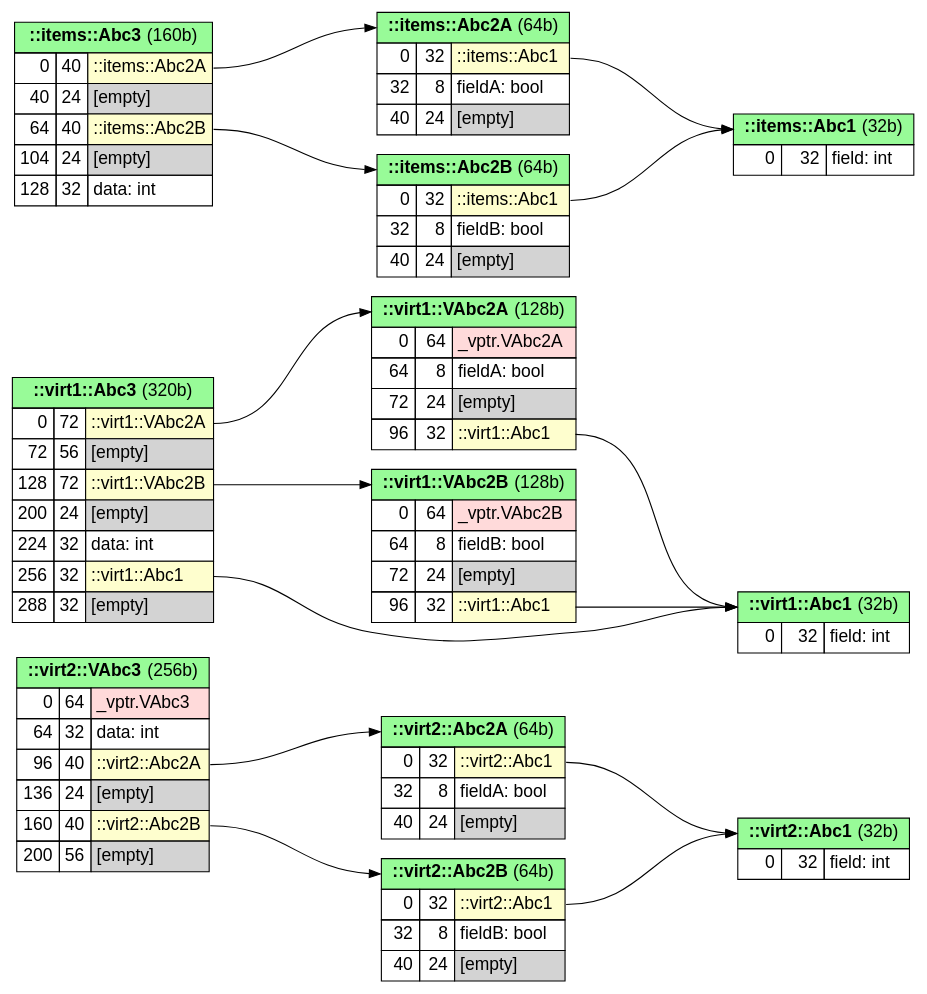
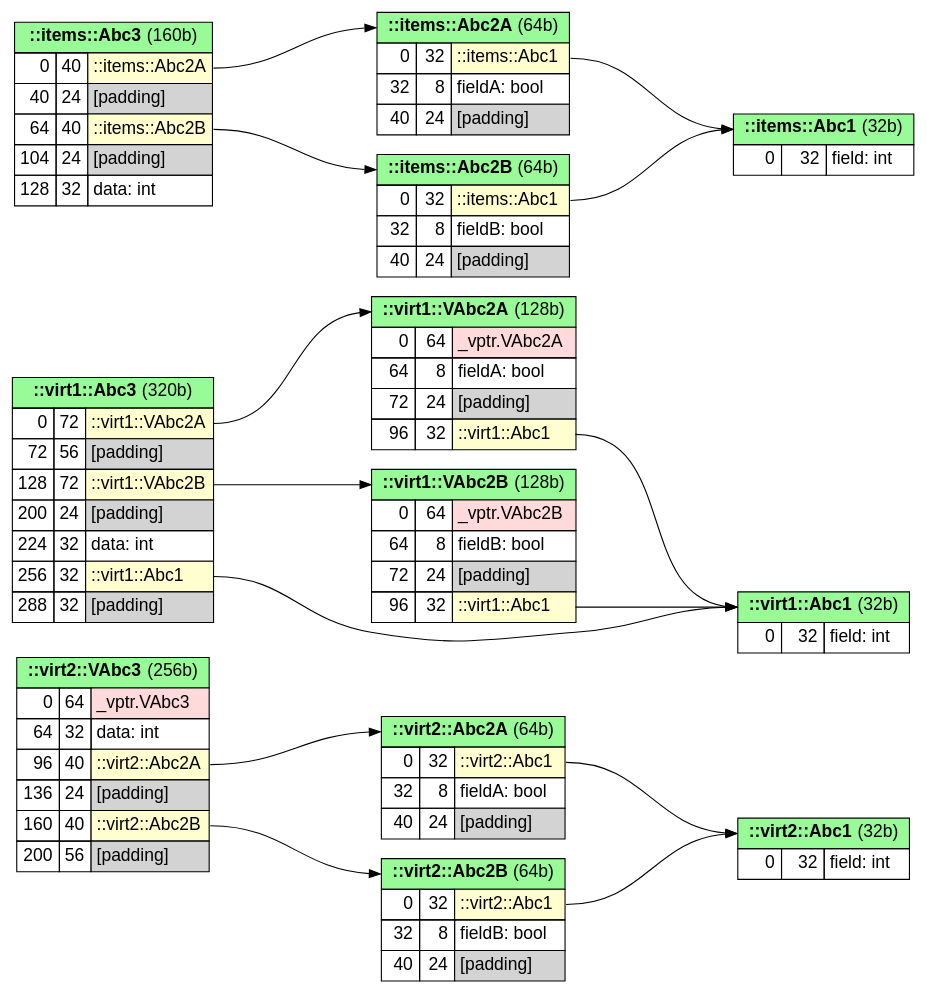
Before and after one commit to anetczuk/gcc-uml: the diagram in examples/memlayout/mem_diam.cpp.dot, drawn with Graphviz. The commit also changed 8 other files, not shown here.

```diff
--- a/examples/memlayout/mem_diam.cpp.dot
+++ b/examples/memlayout/mem_diam.cpp.dot
@@ -1,175 +1,175 @@
 digraph memory_layout {
 
 fontname="Helvetica,Arial,sans-serif"
 node [fontname="Helvetica,Arial,sans-serif"]
 edge [fontname="Helvetica,Arial,sans-serif"]
 
 graph [
     rankdir = "LR"
 ];
 node [
     fontsize = "16"
     shape = "record"
 ];
 
 ranksep = 2
 
 
 # items subgraph
 {
 
     "-virt2-VAbc3" [
         shape=plain
         label=
         <<table border="0" cellborder="1" cellspacing="0" cellpadding="4">
             <tr> <td colspan="3" bgcolor="PaleGreen" port='-1'> <b>::virt2::VAbc3</b>  (256b)</td> </tr>
             <tr> <td align="right" port='in_0'>0</td> <td align="right">64</td> <td align="left" bgcolor='#ffdada' port='out_0'>_vptr.VAbc3</td> </tr>
             <tr> <td align="right" port='in_1'>64</td> <td align="right">32</td> <td align="left" port='out_1'>data: int</td> </tr>
             <tr> <td align="right" port='in_2'>96</td> <td align="right">40</td> <td align="left" bgcolor='#FEFECE' port='out_2'>::virt2::Abc2A</td> </tr>
-            <tr> <td align="right" port='in_3'>136</td> <td align="right">24</td> <td align="left" bgcolor='lightgray' port='out_3'>[empty]</td> </tr>
+            <tr> <td align="right" port='in_3'>136</td> <td align="right">24</td> <td align="left" bgcolor='lightgray' port='out_3'>[padding]</td> </tr>
             <tr> <td align="right" port='in_4'>160</td> <td align="right">40</td> <td align="left" bgcolor='#FEFECE' port='out_4'>::virt2::Abc2B</td> </tr>
-            <tr> <td align="right" port='in_5'>200</td> <td align="right">56</td> <td align="left" bgcolor='lightgray' port='out_5'>[empty]</td> </tr>
+            <tr> <td align="right" port='in_5'>200</td> <td align="right">56</td> <td align="left" bgcolor='lightgray' port='out_5'>[padding]</td> </tr>
         </table>>
     ]
 
     "-virt2-Abc2B" [
         shape=plain
         label=
         <<table border="0" cellborder="1" cellspacing="0" cellpadding="4">
             <tr> <td colspan="3" bgcolor="PaleGreen" port='-1'> <b>::virt2::Abc2B</b>  (64b)</td> </tr>
             <tr> <td align="right" port='in_0'>0</td> <td align="right">32</td> <td align="left" bgcolor='#FEFECE' port='out_0'>::virt2::Abc1</td> </tr>
             <tr> <td align="right" port='in_1'>32</td> <td align="right">8</td> <td align="left" port='out_1'>fieldB: bool</td> </tr>
-            <tr> <td align="right" port='in_2'>40</td> <td align="right">24</td> <td align="left" bgcolor='lightgray' port='out_2'>[empty]</td> </tr>
+            <tr> <td align="right" port='in_2'>40</td> <td align="right">24</td> <td align="left" bgcolor='lightgray' port='out_2'>[padding]</td> </tr>
         </table>>
     ]
 
     "-virt2-Abc2A" [
         shape=plain
         label=
         <<table border="0" cellborder="1" cellspacing="0" cellpadding="4">
             <tr> <td colspan="3" bgcolor="PaleGreen" port='-1'> <b>::virt2::Abc2A</b>  (64b)</td> </tr>
             <tr> <td align="right" port='in_0'>0</td> <td align="right">32</td> <td align="left" bgcolor='#FEFECE' port='out_0'>::virt2::Abc1</td> </tr>
             <tr> <td align="right" port='in_1'>32</td> <td align="right">8</td> <td align="left" port='out_1'>fieldA: bool</td> </tr>
-            <tr> <td align="right" port='in_2'>40</td> <td align="right">24</td> <td align="left" bgcolor='lightgray' port='out_2'>[empty]</td> </tr>
+            <tr> <td align="right" port='in_2'>40</td> <td align="right">24</td> <td align="left" bgcolor='lightgray' port='out_2'>[padding]</td> </tr>
         </table>>
     ]
 
     "-virt2-Abc1" [
         shape=plain
         label=
         <<table border="0" cellborder="1" cellspacing="0" cellpadding="4">
             <tr> <td colspan="3" bgcolor="PaleGreen" port='-1'> <b>::virt2::Abc1</b>  (32b)</td> </tr>
             <tr> <td align="right" port='in_0'>0</td> <td align="right">32</td> <td align="left" port='out_0'>field: int</td> </tr>
         </table>>
     ]
 
     "-virt1-Abc3" [
         shape=plain
         label=
         <<table border="0" cellborder="1" cellspacing="0" cellpadding="4">
             <tr> <td colspan="3" bgcolor="PaleGreen" port='-1'> <b>::virt1::Abc3</b>  (320b)</td> </tr>
             <tr> <td align="right" port='in_0'>0</td> <td align="right">72</td> <td align="left" bgcolor='#FEFECE' port='out_0'>::virt1::VAbc2A</td> </tr>
-            <tr> <td align="right" port='in_1'>72</td> <td align="right">56</td> <td align="left" bgcolor='lightgray' port='out_1'>[empty]</td> </tr>
+            <tr> <td align="right" port='in_1'>72</td> <td align="right">56</td> <td align="left" bgcolor='lightgray' port='out_1'>[padding]</td> </tr>
             <tr> <td align="right" port='in_2'>128</td> <td align="right">72</td> <td align="left" bgcolor='#FEFECE' port='out_2'>::virt1::VAbc2B</td> </tr>
-            <tr> <td align="right" port='in_3'>200</td> <td align="right">24</td> <td align="left" bgcolor='lightgray' port='out_3'>[empty]</td> </tr>
+            <tr> <td align="right" port='in_3'>200</td> <td align="right">24</td> <td align="left" bgcolor='lightgray' port='out_3'>[padding]</td> </tr>
             <tr> <td align="right" port='in_4'>224</td> <td align="right">32</td> <td align="left" port='out_4'>data: int</td> </tr>
             <tr> <td align="right" port='in_5'>256</td> <td align="right">32</td> <td align="left" bgcolor='#FEFECE' port='out_5'>::virt1::Abc1</td> </tr>
-            <tr> <td align="right" port='in_6'>288</td> <td align="right">32</td> <td align="left" bgcolor='lightgray' port='out_6'>[empty]</td> </tr>
+            <tr> <td align="right" port='in_6'>288</td> <td align="right">32</td> <td align="left" bgcolor='lightgray' port='out_6'>[padding]</td> </tr>
         </table>>
     ]
 
     "-virt1-VAbc2B" [
         shape=plain
         label=
         <<table border="0" cellborder="1" cellspacing="0" cellpadding="4">
             <tr> <td colspan="3" bgcolor="PaleGreen" port='-1'> <b>::virt1::VAbc2B</b>  (128b)</td> </tr>
             <tr> <td align="right" port='in_0'>0</td> <td align="right">64</td> <td align="left" bgcolor='#ffdada' port='out_0'>_vptr.VAbc2B</td> </tr>
             <tr> <td align="right" port='in_1'>64</td> <td align="right">8</td> <td align="left" port='out_1'>fieldB: bool</td> </tr>
-            <tr> <td align="right" port='in_2'>72</td> <td align="right">24</td> <td align="left" bgcolor='lightgray' port='out_2'>[empty]</td> </tr>
+            <tr> <td align="right" port='in_2'>72</td> <td align="right">24</td> <td align="left" bgcolor='lightgray' port='out_2'>[padding]</td> </tr>
             <tr> <td align="right" port='in_3'>96</td> <td align="right">32</td> <td align="left" bgcolor='#FEFECE' port='out_3'>::virt1::Abc1</td> </tr>
         </table>>
     ]
 
     "-virt1-VAbc2A" [
         shape=plain
         label=
         <<table border="0" cellborder="1" cellspacing="0" cellpadding="4">
             <tr> <td colspan="3" bgcolor="PaleGreen" port='-1'> <b>::virt1::VAbc2A</b>  (128b)</td> </tr>
             <tr> <td align="right" port='in_0'>0</td> <td align="right">64</td> <td align="left" bgcolor='#ffdada' port='out_0'>_vptr.VAbc2A</td> </tr>
             <tr> <td align="right" port='in_1'>64</td> <td align="right">8</td> <td align="left" port='out_1'>fieldA: bool</td> </tr>
-            <tr> <td align="right" port='in_2'>72</td> <td align="right">24</td> <td align="left" bgcolor='lightgray' port='out_2'>[empty]</td> </tr>
+            <tr> <td align="right" port='in_2'>72</td> <td align="right">24</td> <td align="left" bgcolor='lightgray' port='out_2'>[padding]</td> </tr>
             <tr> <td align="right" port='in_3'>96</td> <td align="right">32</td> <td align="left" bgcolor='#FEFECE' port='out_3'>::virt1::Abc1</td> </tr>
         </table>>
     ]
 
     "-virt1-Abc1" [
         shape=plain
         label=
         <<table border="0" cellborder="1" cellspacing="0" cellpadding="4">
             <tr> <td colspan="3" bgcolor="PaleGreen" port='-1'> <b>::virt1::Abc1</b>  (32b)</td> </tr>
             <tr> <td align="right" port='in_0'>0</td> <td align="right">32</td> <td align="left" port='out_0'>field: int</td> </tr>
         </table>>
     ]
 
     "-items-Abc3" [
         shape=plain
         label=
         <<table border="0" cellborder="1" cellspacing="0" cellpadding="4">
             <tr> <td colspan="3" bgcolor="PaleGreen" port='-1'> <b>::items::Abc3</b>  (160b)</td> </tr>
             <tr> <td align="right" port='in_0'>0</td> <td align="right">40</td> <td align="left" bgcolor='#FEFECE' port='out_0'>::items::Abc2A</td> </tr>
-            <tr> <td align="right" port='in_1'>40</td> <td align="right">24</td> <td align="left" bgcolor='lightgray' port='out_1'>[empty]</td> </tr>
+            <tr> <td align="right" port='in_1'>40</td> <td align="right">24</td> <td align="left" bgcolor='lightgray' port='out_1'>[padding]</td> </tr>
             <tr> <td align="right" port='in_2'>64</td> <td align="right">40</td> <td align="left" bgcolor='#FEFECE' port='out_2'>::items::Abc2B</td> </tr>
-            <tr> <td align="right" port='in_3'>104</td> <td align="right">24</td> <td align="left" bgcolor='lightgray' port='out_3'>[empty]</td> </tr>
+            <tr> <td align="right" port='in_3'>104</td> <td align="right">24</td> <td align="left" bgcolor='lightgray' port='out_3'>[padding]</td> </tr>
             <tr> <td align="right" port='in_4'>128</td> <td align="right">32</td> <td align="left" port='out_4'>data: int</td> </tr>
         </table>>
     ]
 
     "-items-Abc2B" [
         shape=plain
         label=
         <<table border="0" cellborder="1" cellspacing="0" cellpadding="4">
             <tr> <td colspan="3" bgcolor="PaleGreen" port='-1'> <b>::items::Abc2B</b>  (64b)</td> </tr>
             <tr> <td align="right" port='in_0'>0</td> <td align="right">32</td> <td align="left" bgcolor='#FEFECE' port='out_0'>::items::Abc1</td> </tr>
             <tr> <td align="right" port='in_1'>32</td> <td align="right">8</td> <td align="left" port='out_1'>fieldB: bool</td> </tr>
-            <tr> <td align="right" port='in_2'>40</td> <td align="right">24</td> <td align="left" bgcolor='lightgray' port='out_2'>[empty]</td> </tr>
+            <tr> <td align="right" port='in_2'>40</td> <td align="right">24</td> <td align="left" bgcolor='lightgray' port='out_2'>[padding]</td> </tr>
         </table>>
     ]
 
     "-items-Abc2A" [
         shape=plain
         label=
         <<table border="0" cellborder="1" cellspacing="0" cellpadding="4">
             <tr> <td colspan="3" bgcolor="PaleGreen" port='-1'> <b>::items::Abc2A</b>  (64b)</td> </tr>
             <tr> <td align="right" port='in_0'>0</td> <td align="right">32</td> <td align="left" bgcolor='#FEFECE' port='out_0'>::items::Abc1</td> </tr>
             <tr> <td align="right" port='in_1'>32</td> <td align="right">8</td> <td align="left" port='out_1'>fieldA: bool</td> </tr>
-            <tr> <td align="right" port='in_2'>40</td> <td align="right">24</td> <td align="left" bgcolor='lightgray' port='out_2'>[empty]</td> </tr>
+            <tr> <td align="right" port='in_2'>40</td> <td align="right">24</td> <td align="left" bgcolor='lightgray' port='out_2'>[padding]</td> </tr>
         </table>>
     ]
 
     "-items-Abc1" [
         shape=plain
         label=
         <<table border="0" cellborder="1" cellspacing="0" cellpadding="4">
             <tr> <td colspan="3" bgcolor="PaleGreen" port='-1'> <b>::items::Abc1</b>  (32b)</td> </tr>
             <tr> <td align="right" port='in_0'>0</td> <td align="right">32</td> <td align="left" port='out_0'>field: int</td> </tr>
         </table>>
     ]
 
 
     "-virt2-VAbc3":"out_2" -> "-virt2-Abc2A":"-1"
     "-virt2-VAbc3":"out_4" -> "-virt2-Abc2B":"-1"
     "-virt2-Abc2B":"out_0" -> "-virt2-Abc1":"-1"
     "-virt2-Abc2A":"out_0" -> "-virt2-Abc1":"-1"
     "-virt1-Abc3":"out_0" -> "-virt1-VAbc2A":"-1"
     "-virt1-Abc3":"out_2" -> "-virt1-VAbc2B":"-1"
     "-virt1-Abc3":"out_5" -> "-virt1-Abc1":"-1"
     "-virt1-VAbc2B":"out_3" -> "-virt1-Abc1":"-1"
     "-virt1-VAbc2A":"out_3" -> "-virt1-Abc1":"-1"
     "-items-Abc3":"out_0" -> "-items-Abc2A":"-1"
     "-items-Abc3":"out_2" -> "-items-Abc2B":"-1"
     "-items-Abc2B":"out_0" -> "-items-Abc1":"-1"
     "-items-Abc2A":"out_0" -> "-items-Abc1":"-1"
 
 }  # end of items subgraph
 
 }  # end of graph
```
